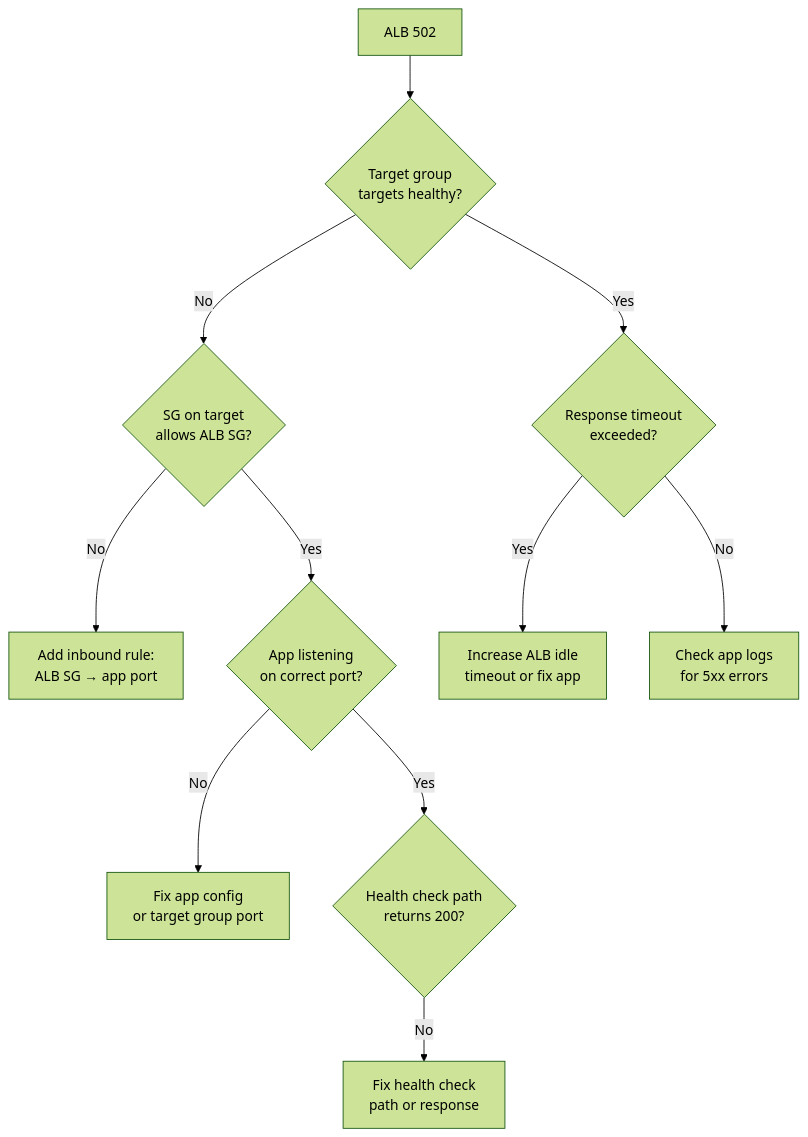
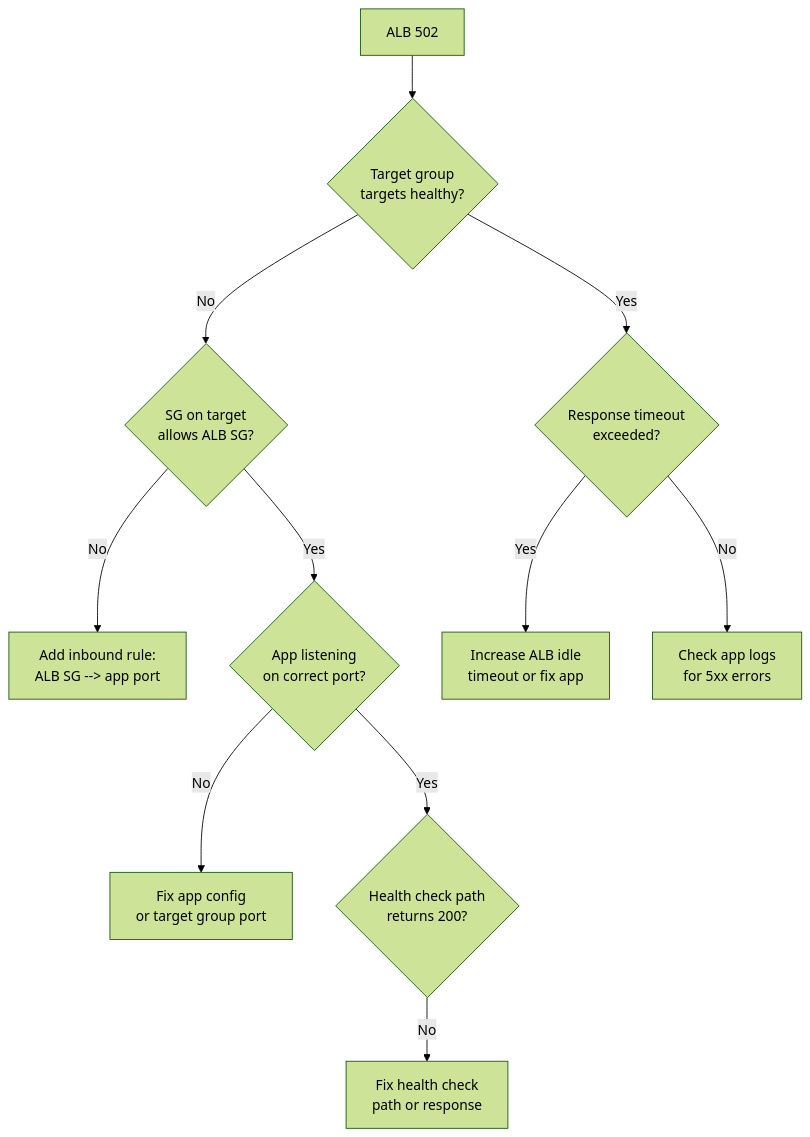
The third of 10 diagrams in devops/sre/aws-scenarios.md (deepanshu-rawat6/tour-of-go), drawn with Mermaid (forest theme) before and after one commit. The commit also changed other lines of this file and 25 other files, not shown here.

````diff
--- a/devops/sre/aws-scenarios.md
+++ b/devops/sre/aws-scenarios.md
@@ -109,13 +109,13 @@
 ```mermaid
 flowchart TD
     A[ALB 502] --> B{Target group<br/>targets healthy?}
     B -- No --> C{SG on target<br/>allows ALB SG?}
-    C -- No --> C1[Add inbound rule:<br/>ALB SG → app port]
+    C -- No --> C1[Add inbound rule:<br/>ALB SG --> app port]
     C -- Yes --> D{App listening<br/>on correct port?}
     D -- No --> D1[Fix app config<br/>or target group port]
     D -- Yes --> E{Health check path<br/>returns 200?}
     E -- No --> E1[Fix health check<br/>path or response]
     B -- Yes --> F{Response timeout<br/>exceeded?}
     F -- Yes --> F1[Increase ALB idle<br/>timeout or fix app]
     F -- No --> G[Check app logs<br/>for 5xx errors]
 ```
````
